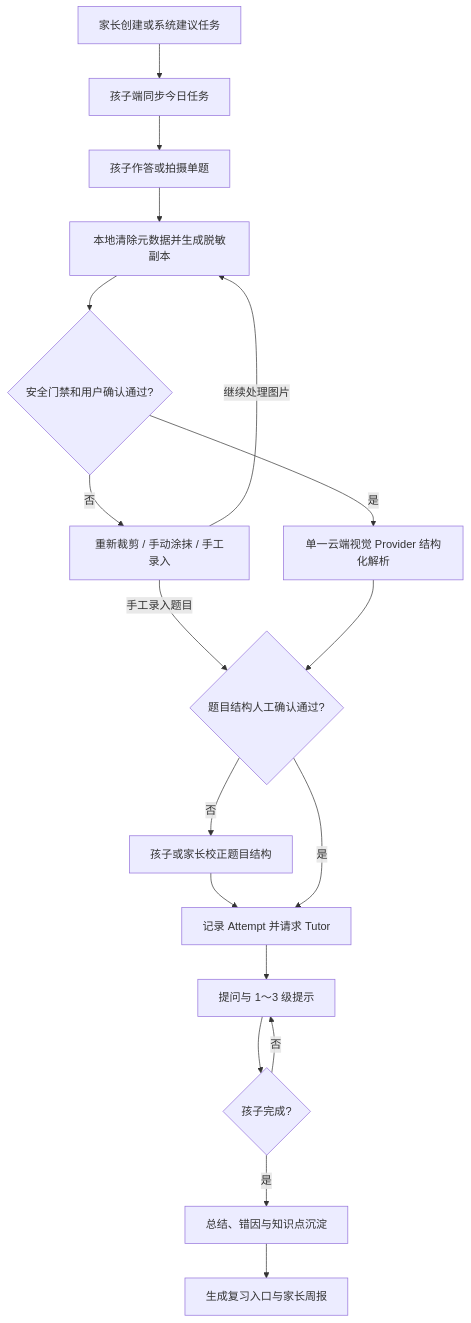
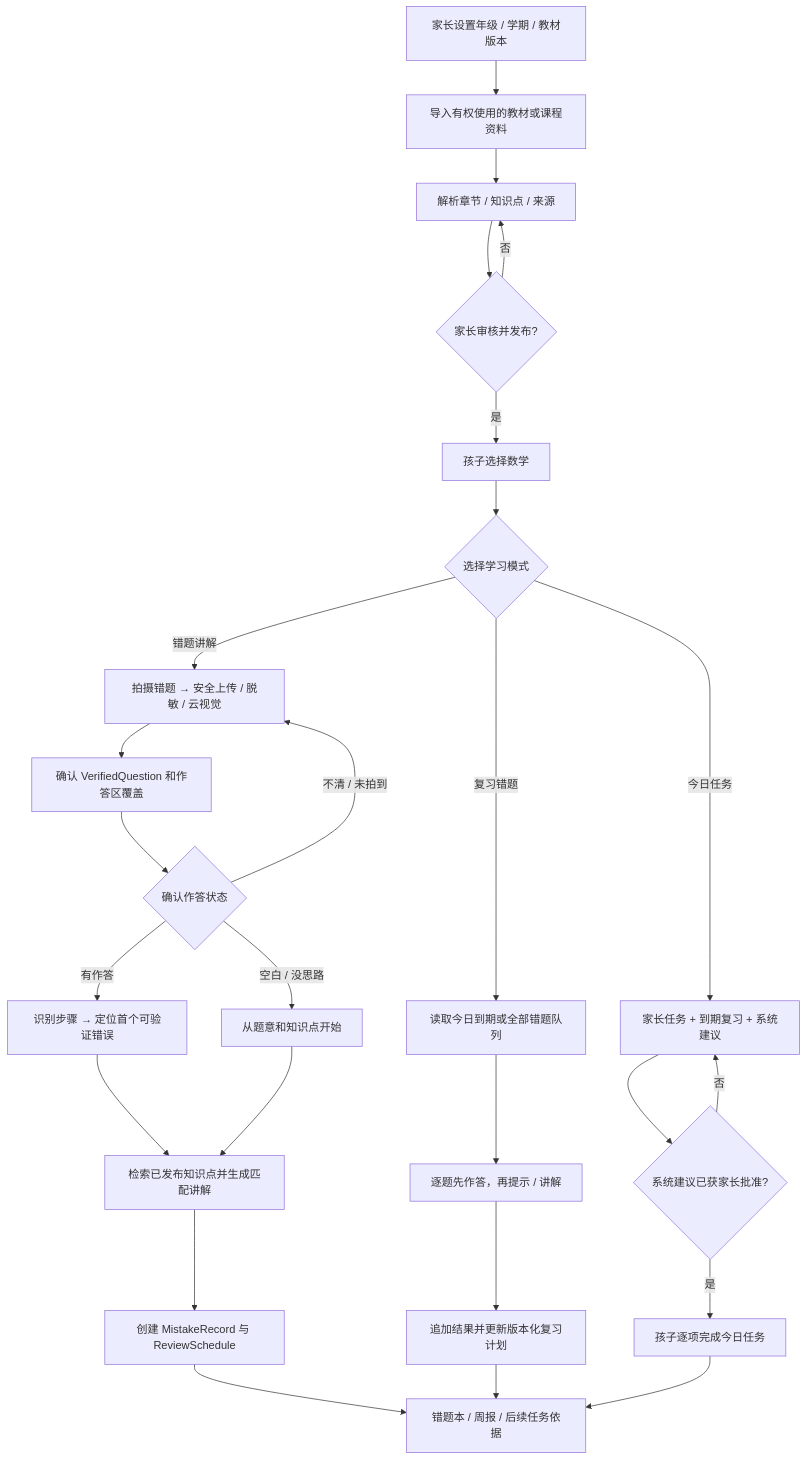
Before and after one commit to yubinhong/AIStudy: the diagram in PRD.md, drawn with Mermaid. The commit also changed other lines of this file and 103 other files, not shown here.

````diff
--- a/PRD.md
+++ b/PRD.md
@@ -80,20 +96,28 @@
 ```mermaid
 flowchart TD
-    A["家长创建或系统建议任务"] --> B["孩子端同步今日任务"]
-    B --> C["孩子作答或拍摄单题"]
-    C --> D["本地清除元数据并生成脱敏副本"]
-    D --> E{"安全门禁和用户确认通过?"}
-    E -->|否| F["重新裁剪 / 手动涂抹 / 手工录入"]
-    F -->|继续处理图片| D
-    F -->|手工录入题目| H
-    E -->|是| G["单一云端视觉 Provider 结构化解析"]
-    G --> H{"题目结构人工确认通过?"}
-    H -->|否| I["孩子或家长校正题目结构"]
-    I --> J["记录 Attempt 并请求 Tutor"]
-    H -->|是| J
-    J --> K["提问与 1～3 级提示"]
-    K --> L{"孩子完成?"}
-    L -->|否| K
-    L -->|是| M["总结、错因与知识点沉淀"]
-    M --> N["生成复习入口与家长周报"]
+    A["家长设置年级 / 学期 / 教材版本"] --> B["导入有权使用的教材或课程资料"]
+    B --> C["解析章节 / 知识点 / 来源"]
+    C --> D{"家长审核并发布?"}
+    D -->|否| C
+    D -->|是| E["孩子选择数学"]
+    E --> F{"选择学习模式"}
+    F -->|错题讲解| G["拍摄错题 → 安全上传 / 脱敏 / 云视觉"]
+    G --> H["确认 VerifiedQuestion 和作答区覆盖"]
+    H --> I{"确认作答状态"}
+    I -->|"有作答"| J["识别步骤 → 定位首个可验证错误"]
+    I -->|"空白 / 没思路"| S["从题意和知识点开始"]
+    I -->|"不清 / 未拍到"| G
+    J --> T["检索已发布知识点并生成匹配讲解"]
+    S --> T
+    T --> K["创建 MistakeRecord 与 ReviewSchedule"]
+    F -->|复习错题| L["读取今日到期或全部错题队列"]
+    L --> M["逐题先作答，再提示 / 讲解"]
+    M --> N["追加结果并更新版本化复习计划"]
+    F -->|今日任务| O["家长任务 + 到期复习 + 系统建议"]
+    O --> P{"系统建议已获家长批准?"}
+    P -->|否| O
+    P -->|是| Q["孩子逐项完成今日任务"]
+    K --> R["错题本 / 周报 / 后续任务依据"]
+    N --> R
+    Q --> R
 ```
````
